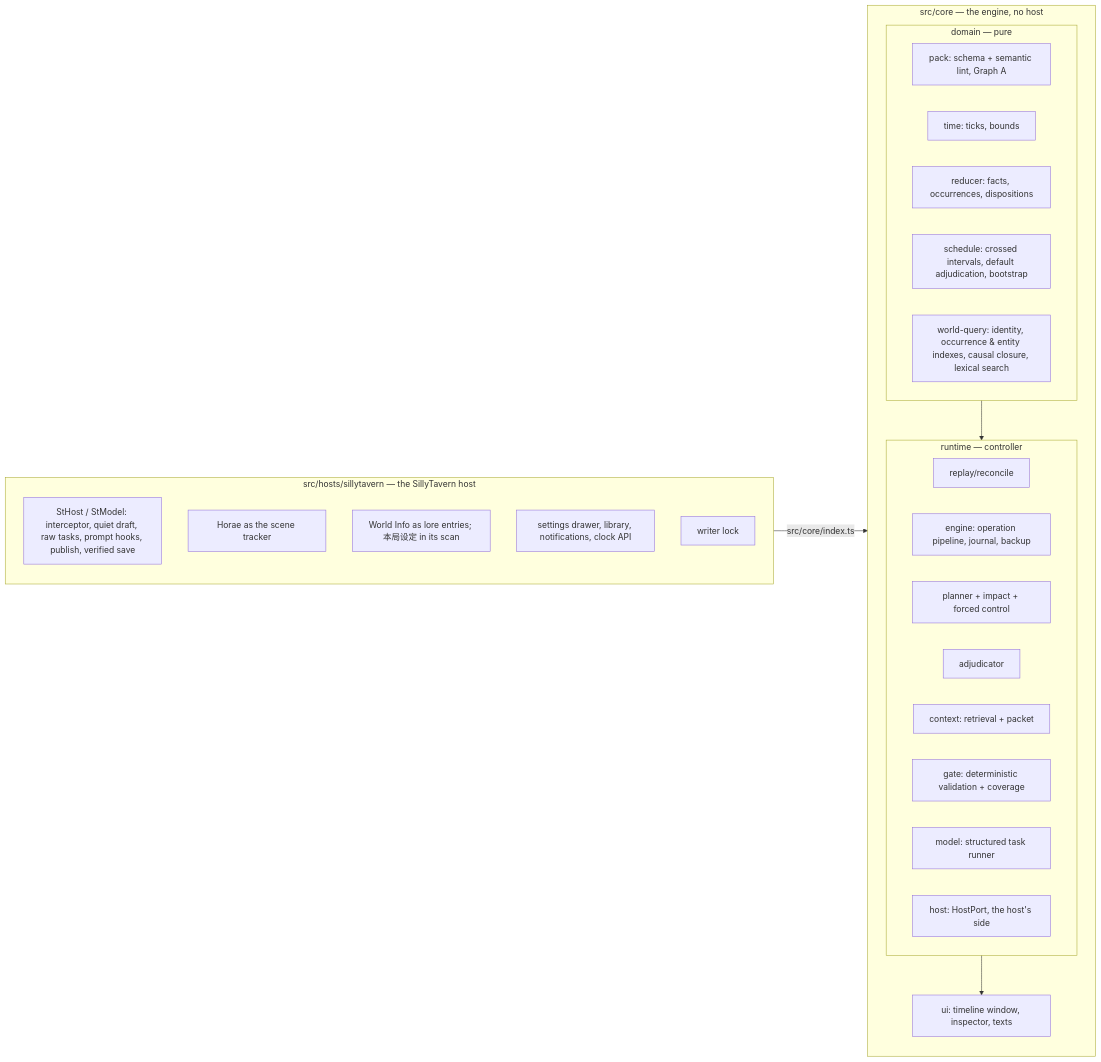
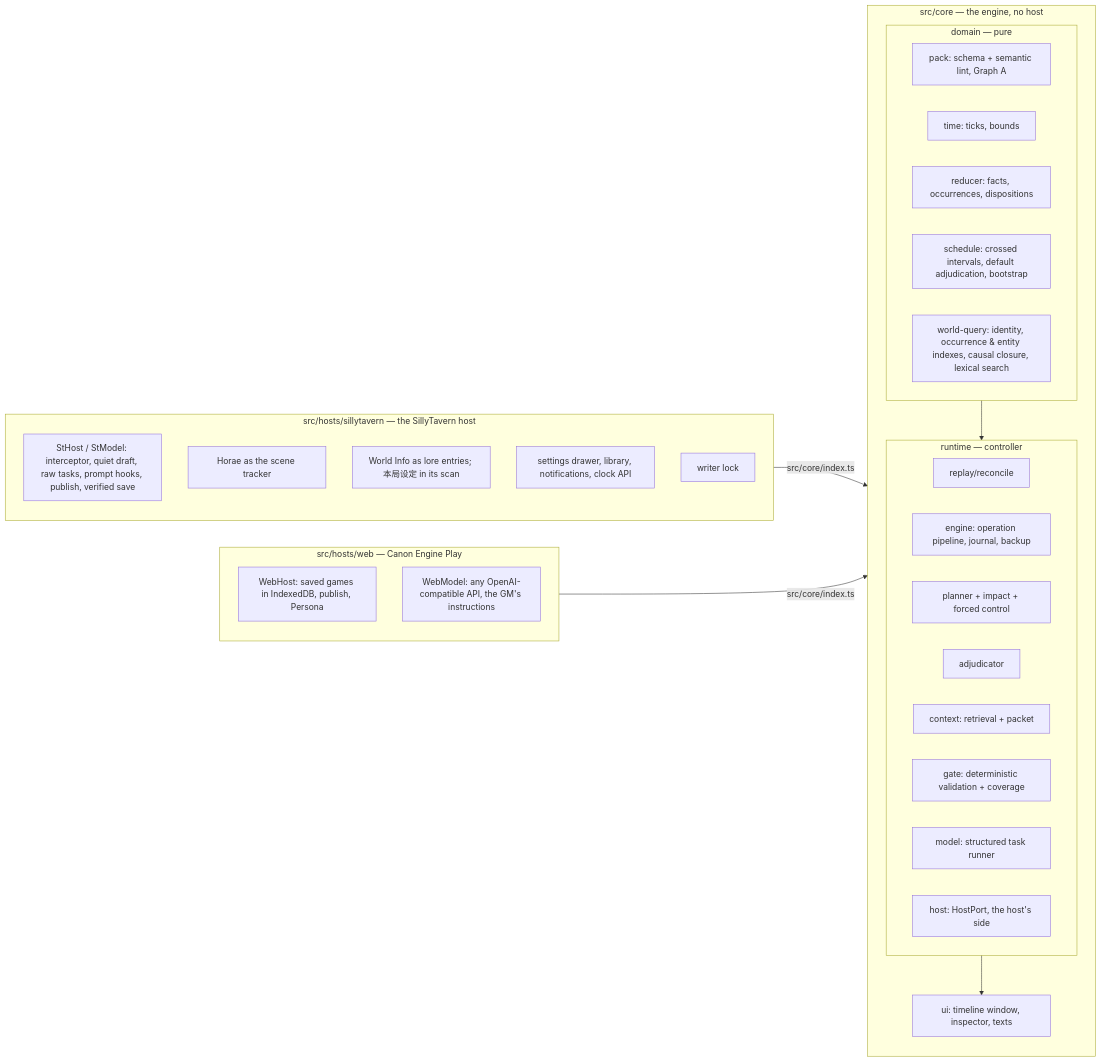
Before and after one commit to TaihouKai/SillyTavern-CanonEngine: the first of 2 diagrams in docs/ARCHITECTURE.md, drawn with Mermaid. The commit also changed other lines of this file and 32 other files, not shown here.

````diff
--- a/docs/ARCHITECTURE.md
+++ b/docs/ARCHITECTURE.md
@@ -12,33 +13,38 @@
 ```mermaid
 flowchart LR
   subgraph core [src/core — the engine, no host]
   subgraph domain [domain — pure]
     pack[pack: schema + semantic lint, Graph A]
     time[time: ticks, bounds]
     red[reducer: facts, occurrences, dispositions]
     sch[schedule: crossed intervals, default adjudication, bootstrap]
     wq[world-query: identity, occurrence & entity indexes, causal closure, lexical search]
   end
   subgraph runtime [runtime — controller]
     rep[replay/reconcile]
     eng[engine: operation pipeline, journal, backup]
     pl[planner + impact + forced control]
     adj[adjudicator]
     ctx[context: retrieval + packet]
     gate[gate: deterministic validation + coverage]
     mdl[model: structured task runner]
     port[host: HostPort, the host's side]
   end
   cui[ui: timeline window, inspector, texts]
   end
   subgraph st [src/hosts/sillytavern — the SillyTavern host]
     sth[StHost / StModel: interceptor, quiet draft, raw tasks, prompt hooks, publish, verified save]
     hor[Horae as the scene tracker]
     lore[World Info as lore entries; 本局设定 in its scan]
     stui[settings drawer, library, notifications, clock API]
     lock[writer lock]
   end
+  subgraph web [src/hosts/web — Canon Engine Play]
+    wh[WebHost: saved games in IndexedDB, publish, Persona]
+    wm[WebModel: any OpenAI-compatible API, the GM's instructions]
+  end
   domain --> runtime
   runtime --> cui
   st -->|src/core/index.ts| core
+  web -->|src/core/index.ts| core
 ```
````
